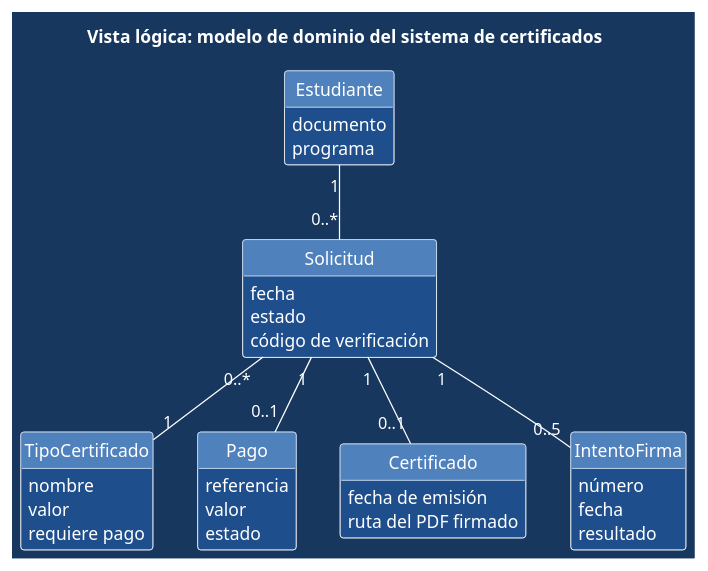
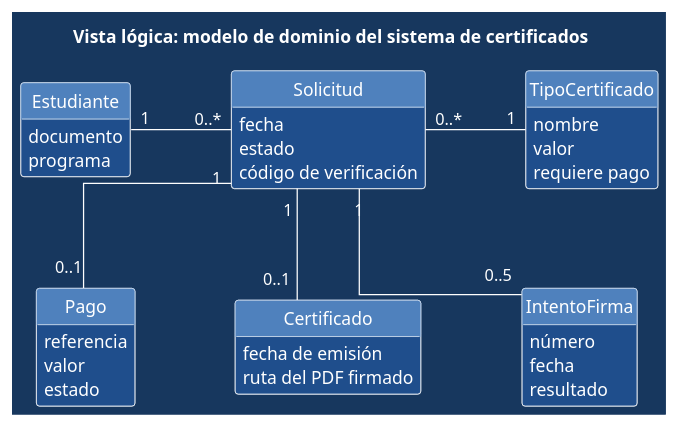
One commit to johnny9052/certificados changed the diagram in docs/diagramas/01-logica.puml. Above: the diagram before and after it, drawn with PlantUML. The commit also changed 38 other files, not shown here.

```diff
--- a/docs/diagramas/01-logica.puml
+++ b/docs/diagramas/01-logica.puml
@@ -1,55 +1,60 @@
 @startuml logica
 title Vista lógica: modelo de dominio del sistema de certificados
 
 skinparam backgroundColor #17375E
 skinparam defaultFontName Arial
 skinparam defaultFontColor white
 skinparam titleFontColor white
 skinparam shadowing false
+skinparam linetype ortho
+skinparam nodesep 80
+skinparam ranksep 80
 skinparam ArrowColor white
 skinparam ArrowFontColor white
 skinparam class {
   BackgroundColor #1F4E8C
   BorderColor white
   FontColor white
   AttributeFontColor white
   HeaderBackgroundColor #4F81BD
 }
 hide circle
 hide methods
 
 class Estudiante {
   documento
   programa
 }
 class Solicitud {
   fecha
   estado
   código de verificación
 }
 class TipoCertificado {
   nombre
   valor
   requiere pago
 }
 class Pago {
   referencia
   valor
   estado
 }
 class Certificado {
   fecha de emisión
   ruta del PDF firmado
 }
 class IntentoFirma {
   número
   fecha
   resultado
 }
 
-Estudiante "1" -- "0..*" Solicitud
-Solicitud "0..*" -- "1" TipoCertificado
-Solicitud "1" -- "0..1" Pago
-Solicitud "1" -- "0..1" Certificado
-Solicitud "1" -- "0..5" IntentoFirma
+Estudiante "1" -right- "0..*" Solicitud
+Solicitud "0..*" -right- "1" TipoCertificado
+Solicitud "1" -down- "0..1" Pago
+Solicitud "1" -down- "0..1" Certificado
+Solicitud "1" -down- "0..5" IntentoFirma
+Pago -[hidden]right- Certificado
+Certificado -[hidden]right- IntentoFirma
 @enduml
```
